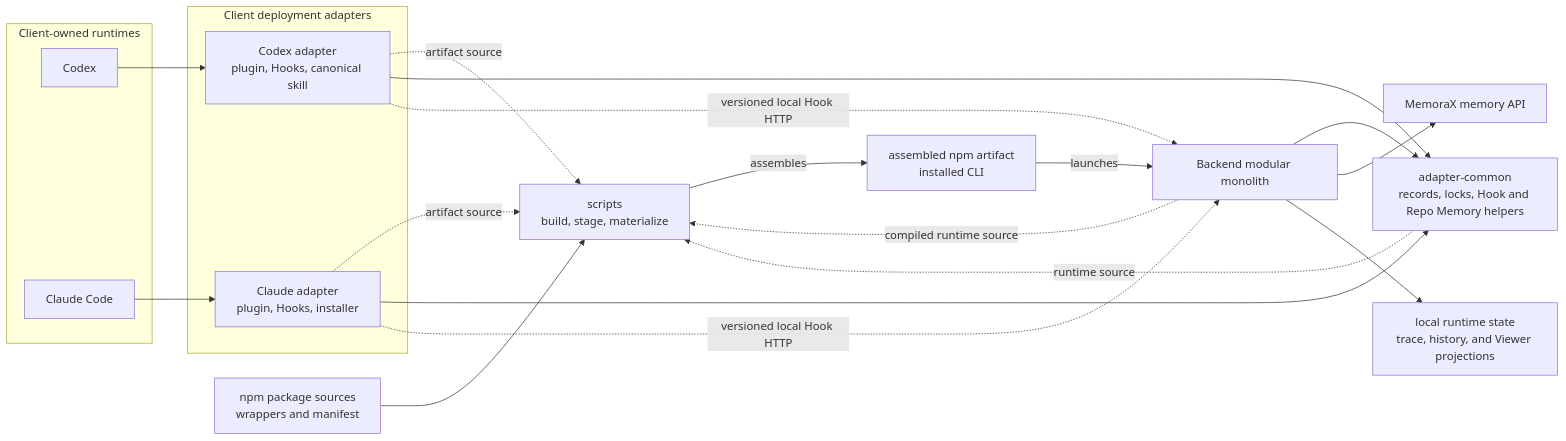
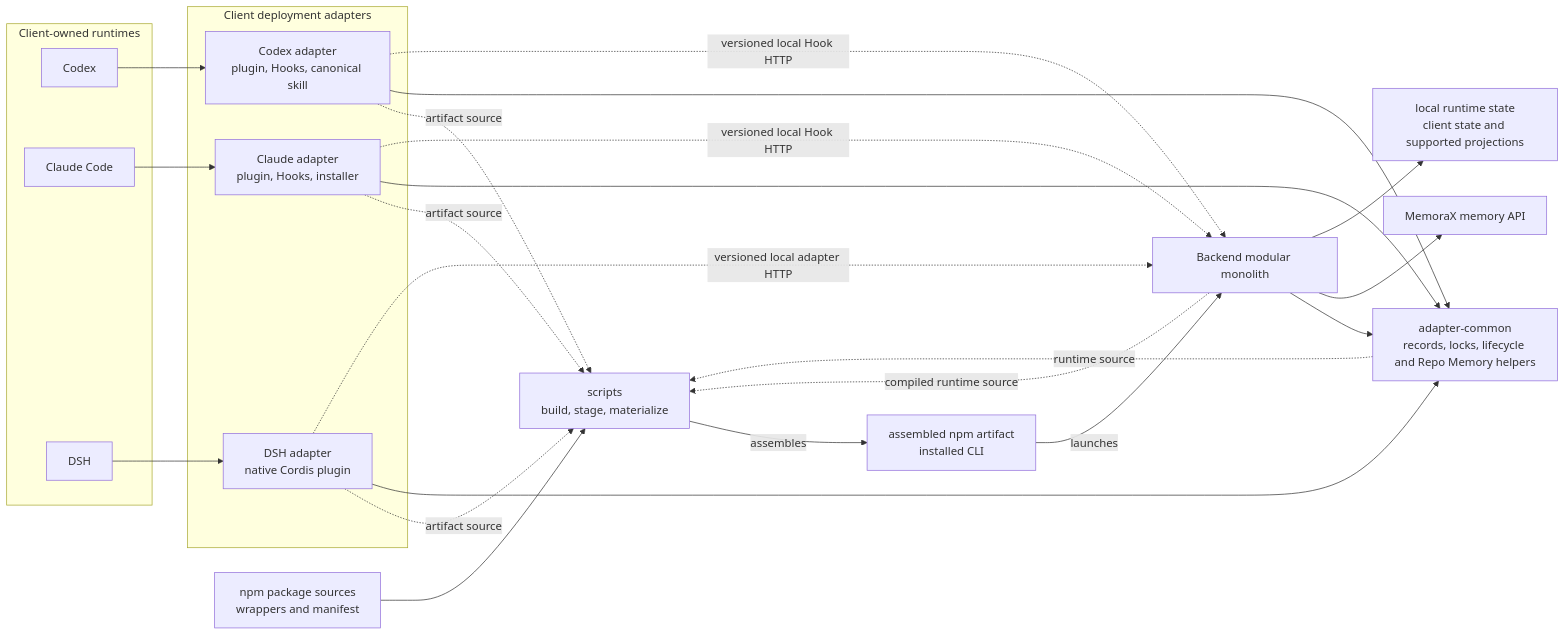
Before and after one commit to memorax-ai/memorax-code: the first of 6 diagrams in ARCHITECTURE.md, drawn with Mermaid. The commit also changed other lines of this file and 8 other files, not shown here.

Commit message:
docs:(dsh) document native harness support

````diff
--- a/ARCHITECTURE.md
+++ b/ARCHITECTURE.md
@@ -39,40 +39,46 @@
 ```mermaid
 flowchart LR
   subgraph Clients["Client-owned runtimes"]
     Codex["Codex"]
     Claude["Claude Code"]
+    DSH["DSH"]
   end
 
   subgraph Adapters["Client deployment adapters"]
     CodexAdapter["Codex adapter<br/>plugin, Hooks, canonical skill"]
     ClaudeAdapter["Claude adapter<br/>plugin, Hooks, installer"]
+    DshAdapter["DSH adapter<br/>native Cordis plugin"]
   end
 
-  Common["adapter-common<br/>records, locks, Hook and Repo Memory helpers"]
+  Common["adapter-common<br/>records, locks, lifecycle and Repo Memory helpers"]
   Backend["Backend modular monolith"]
   Npm["npm package sources<br/>wrappers and manifest"]
   Build["scripts<br/>build, stage, materialize"]
   Artifact["assembled npm artifact<br/>installed CLI"]
   MemoraX["MemoraX memory API"]
-  Local["local runtime state<br/>trace, history, and Viewer projections"]
+  Local["local runtime state<br/>client state and supported projections"]
 
   Npm --> Build
   Backend -. "compiled runtime source" .-> Build
   Common -. "runtime source" .-> Build
   CodexAdapter -. "artifact source" .-> Build
   ClaudeAdapter -. "artifact source" .-> Build
+  DshAdapter -. "artifact source" .-> Build
   Build -->|"assembles"| Artifact
   Artifact -->|"launches"| Backend
 
   Backend --> Common
   CodexAdapter --> Common
   ClaudeAdapter --> Common
+  DshAdapter --> Common
 
   Codex --> CodexAdapter
   Claude --> ClaudeAdapter
+  DSH --> DshAdapter
   CodexAdapter -. "versioned local Hook HTTP" .-> Backend
   ClaudeAdapter -. "versioned local Hook HTTP" .-> Backend
+  DshAdapter -. "versioned local adapter HTTP" .-> Backend
 
   Backend --> MemoraX
   Backend --> Local
 ```
````
